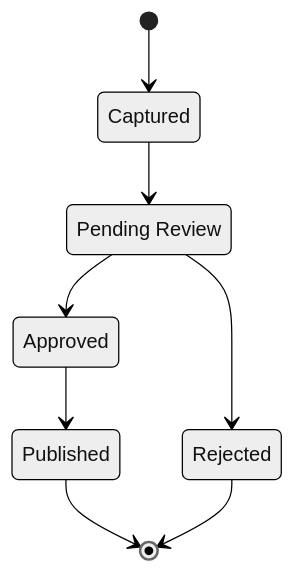
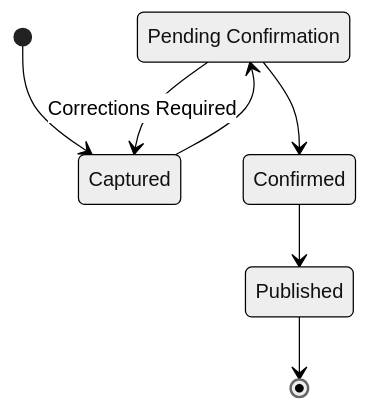
The diagram in diagrams/observation/04-observation-state-diagram.md (LordHaplo01/juliets-house-animal-rescue-architecture), drawn with Mermaid (neutral theme) before and after one commit. The commit also changed other lines of this file and 18 other files, not shown here.

````diff
--- a/diagrams/observation/04-observation-state-diagram.md
+++ b/diagrams/observation/04-observation-state-diagram.md
@@ -20,16 +20,15 @@
 ```mermaid
 stateDiagram-v2
 
-    state "Pending Review" as PendingReview
+    state "Pending Confirmation" as PendingConfirmation
 
     [*] --> Captured
-    Captured --> PendingReview
+    Captured --> PendingConfirmation
 
-    PendingReview --> Approved
-    PendingReview --> Rejected
+    PendingConfirmation --> Captured: Corrections Required
+    PendingConfirmation --> Confirmed
 
-    Approved --> Published
+    Confirmed --> Published
 
     Published --> [*]
-    Rejected --> [*]
 ```
````
